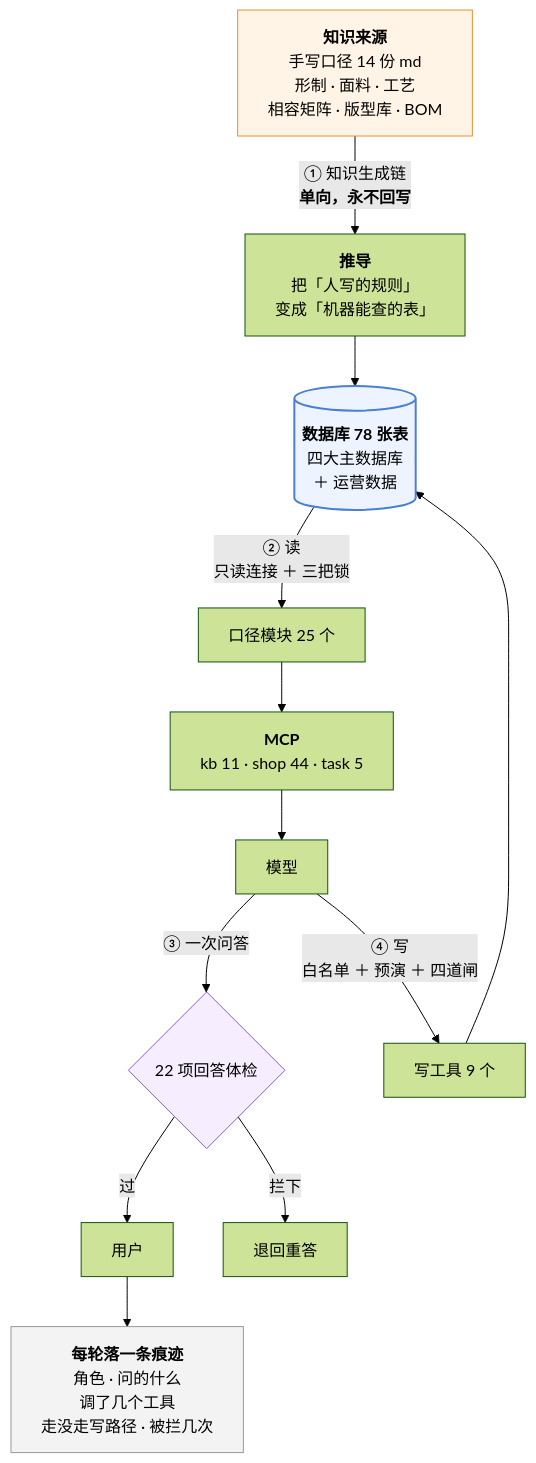
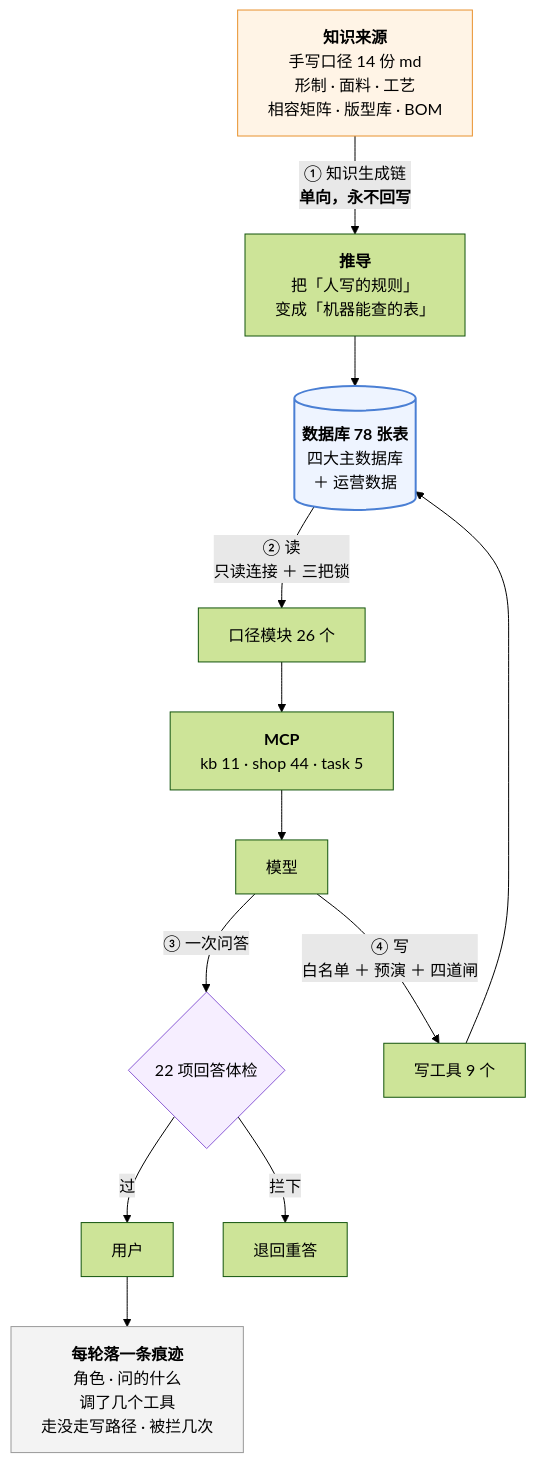
Before and after one commit to 843773296-rgb/lanxiu-yunshang-agent: the third of 3 diagrams in 澜绣云裳agent-产品说明.md, drawn with Mermaid (forest theme). The commit also changed other lines of this file and 18 other files, not shown here.

````diff
--- a/澜绣云裳agent-产品说明.md
+++ b/澜绣云裳agent-产品说明.md
@@ -799,24 +800,24 @@
 ```mermaid
 flowchart TD
     MD["<b>知识来源</b><br/>手写口径 14 份 md<br/>形制 · 面料 · 工艺<br/>相容矩阵 · 版型库 · BOM"]
     MD -->|"① 知识生成链<br/><b>单向，永不回写</b>"| DV["<b>推导</b><br/>把「人写的规则」<br/>变成「机器能查的表」"]
     DV --> DB[("<b>数据库 78 张表</b><br/>四大主数据库<br/>＋ 运营数据")]
 
-    DB -->|"② 读<br/>只读连接 ＋ 三把锁"| KJ["口径模块 25 个"]
+    DB -->|"② 读<br/>只读连接 ＋ 三把锁"| KJ["口径模块 26 个"]
     KJ --> MCP["<b>MCP</b><br/>kb 11 · shop 44 · task 5"]
     MCP --> LLM["模型"]
 
     LLM -->|"③ 一次问答"| GD{"22 项回答体检"}
     GD -- 过 --> U["用户"]
     GD -- 拦下 --> RE["退回重答"]
 
     LLM -->|"④ 写<br/>白名单 ＋ 预演 ＋ 四道闸"| W["写工具 9 个"]
     W --> DB
 
     U --> TR["<b>每轮落一条痕迹</b><br/>角色 · 问的什么<br/>调了几个工具<br/>走没走写路径 · 被拦几次"]
 
     style MD fill:#fff4e6,stroke:#e8912d
     style DB fill:#eef4ff,stroke:#4a7fd4,stroke-width:2px
     style GD fill:#f6eeff,stroke:#8b5cd6
     style TR fill:#f3f3f3,stroke:#999
 ```
````
